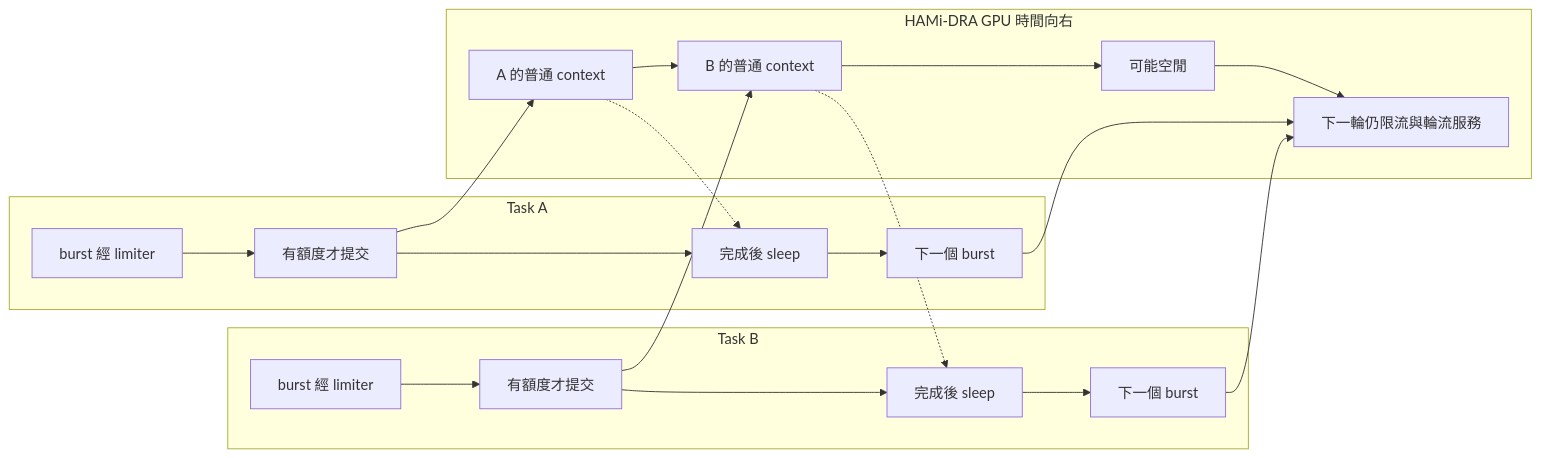
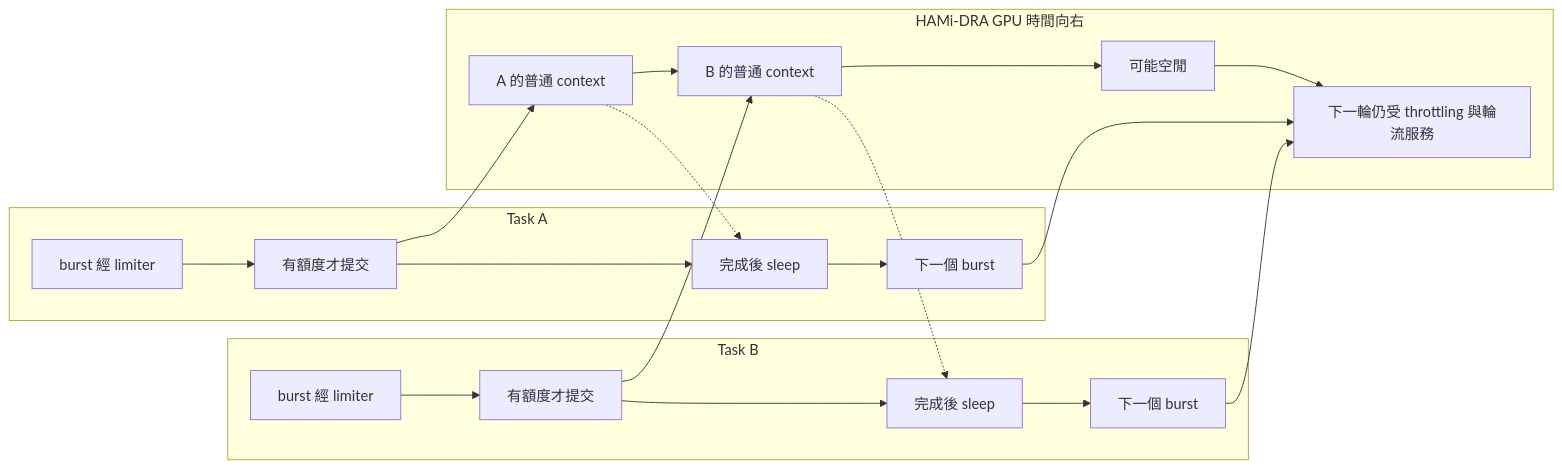
Before and after one commit to Daniel77871/dra-gpu-sharing-in-practice: the fourth of 5 diagrams in book/05-performance/README.md, drawn with Mermaid. The commit also changed other lines of this file and 80 other files, not shown here.

````diff
--- a/book/05-performance/README.md
+++ b/book/05-performance/README.md
@@ -92,18 +92,18 @@
 ```mermaid
 flowchart LR
   subgraph HA["Task A"]
     A0["burst 經 limiter"] --> A1["有額度才提交"] --> A2["完成後 sleep"] --> A3["下一個 burst"]
   end
   subgraph HB["Task B"]
     B0["burst 經 limiter"] --> B1["有額度才提交"] --> B2["完成後 sleep"] --> B3["下一個 burst"]
   end
   subgraph HG["HAMi-DRA GPU 時間向右"]
-    G1["A 的普通 context"] --> G2["B 的普通 context"] --> G3["可能空閒"] --> G4["下一輪仍限流與輪流服務"]
+    G1["A 的普通 context"] --> G2["B 的普通 context"] --> G3["可能空閒"] --> G4["下一輪仍受 throttling 與輪流服務"]
   end
   A1 --> G1
   B1 --> G2
   G1 -.-> A2
   G2 -.-> B2
   A3 --> G4
   B3 --> G4
 ```
````
